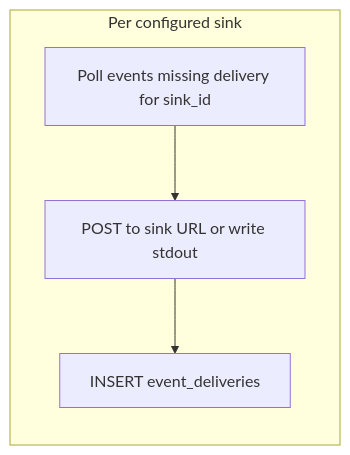
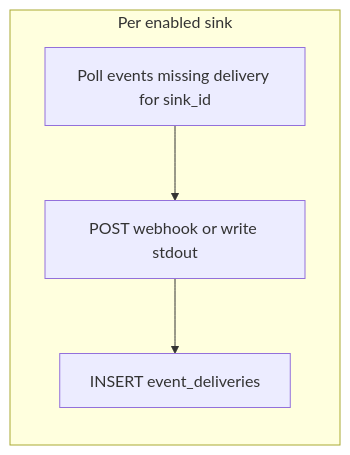
The diagram in docs/adrs/049-events-api-retention-export.md (zitadel/nextgen), drawn with Mermaid before and after one commit. The commit also changed other lines of this file and 2 other files, not shown here.

````diff
--- a/docs/adrs/049-events-api-retention-export.md
+++ b/docs/adrs/049-events-api-retention-export.md
@@ -233,9 +268,9 @@
 ```mermaid
 flowchart LR
-  subgraph perSink [Per configured sink]
+  subgraph perSink [Per enabled sink]
     Poll["Poll events missing delivery for sink_id"]
-    Deliver[POST to sink URL or write stdout]
+    Deliver[POST webhook or write stdout]
     Record["INSERT event_deliveries"]
   end
   Poll --> Deliver --> Record
 ```
````
